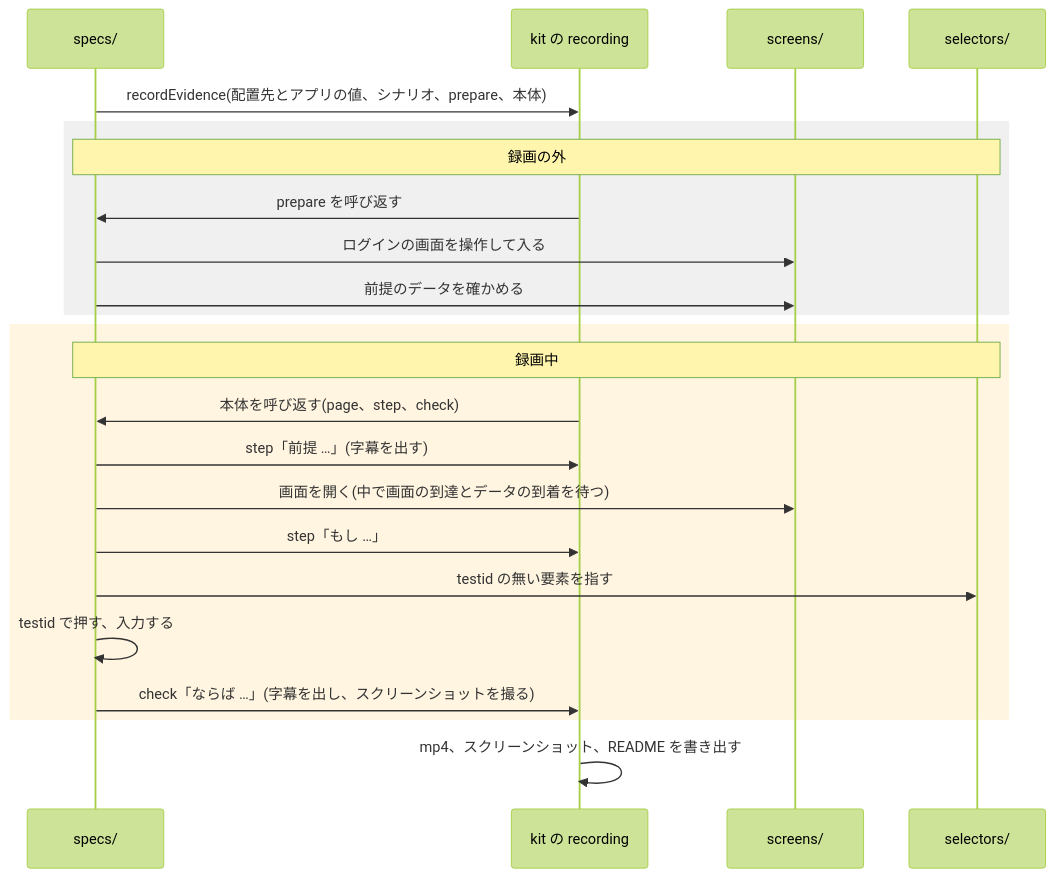
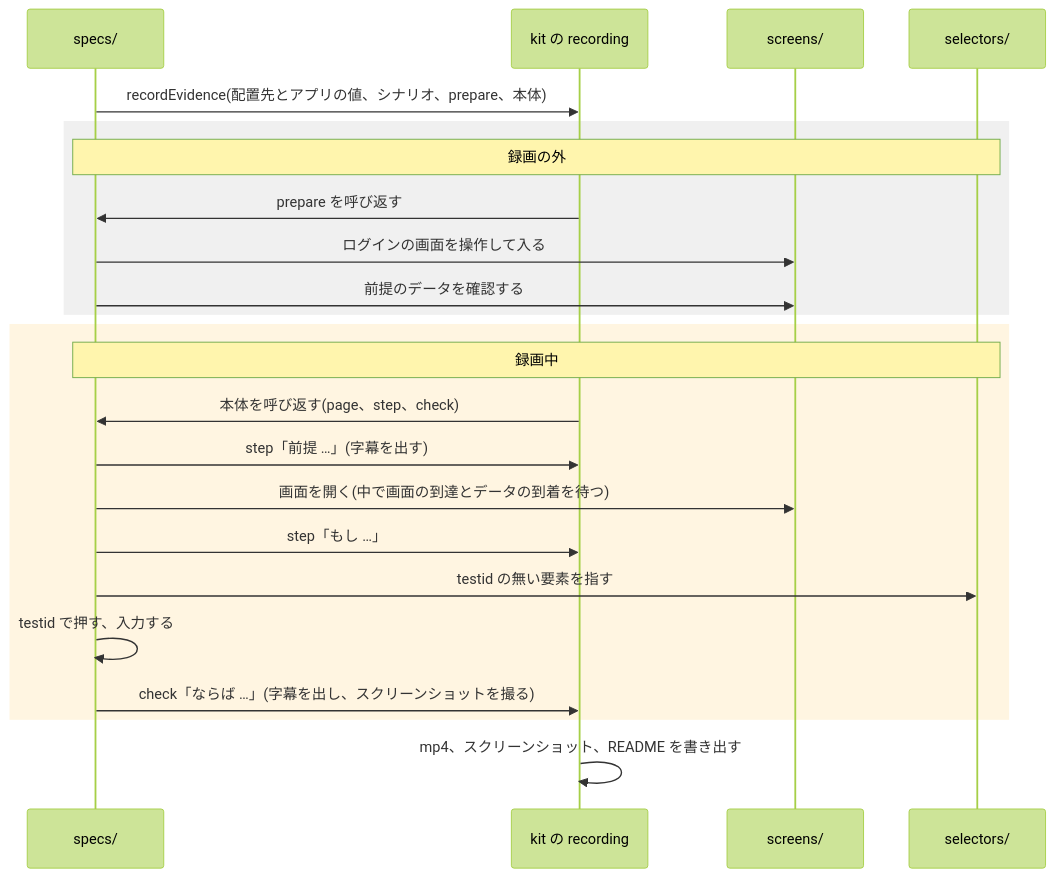
Before and after one commit to Fukuemon/buddy: the third of 4 diagrams in packages/e2e/DesignDoc.md, drawn with Mermaid (forest theme). The commit also changed other lines of this file and 28 other files, not shown here.

````diff
--- a/packages/e2e/DesignDoc.md
+++ b/packages/e2e/DesignDoc.md
@@ -139,26 +139,26 @@
 ```mermaid
 sequenceDiagram
   participant spec as specs/
   participant rec as kit の recording
   participant scr as screens/
   participant sel as selectors/
 
   spec->>rec: recordEvidence(配置先とアプリの値、シナリオ、prepare、本体)
   rect rgb(240, 240, 240)
     Note over spec,sel: 録画の外
     rec->>spec: prepare を呼び返す
     spec->>scr: ログインの画面を操作して入る
-    spec->>scr: 前提のデータを確かめる
+    spec->>scr: 前提のデータを確認する
   end
   rect rgb(255, 245, 225)
     Note over spec,sel: 録画中
     rec->>spec: 本体を呼び返す(page、step、check)
     spec->>rec: step「前提 …」(字幕を出す)
     spec->>scr: 画面を開く(中で画面の到達とデータの到着を待つ)
     spec->>rec: step「もし …」
     spec->>sel: testid の無い要素を指す
     spec->>spec: testid で押す、入力する
     spec->>rec: check「ならば …」(字幕を出し、スクリーンショットを撮る)
   end
   rec->>rec: mp4、スクリーンショット、README を書き出す
 ```
````
